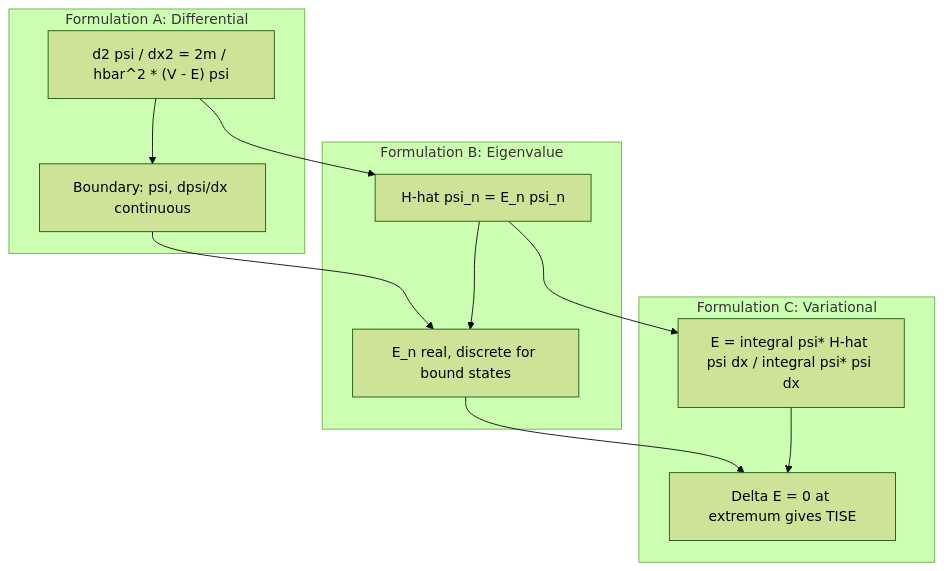
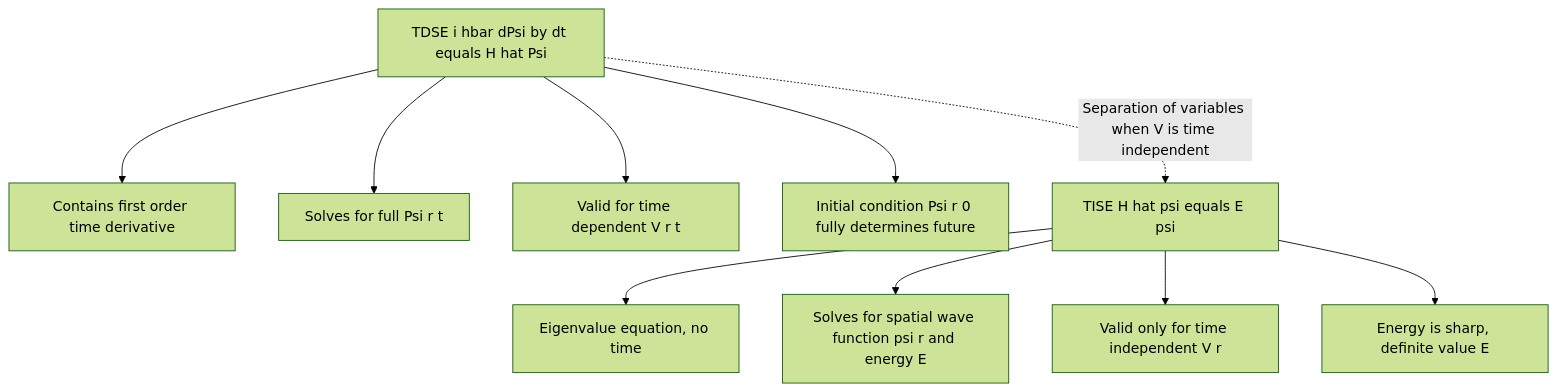
Before and after one commit to vishnuu-kr/ktunode: the fourth of 4 diagrams in public/notes/computer-science-and-engineering/semester-1/gapht121-physics-for-information-science/02-module-2-quantum-mechanics/formulation-of-time-dependent-and-time-independent-schrodinger-equations/notes.md, drawn with Mermaid (forest theme). The commit also changed other lines of this file and 4829 other files, not shown here.

````diff
--- a/public/notes/computer-science-and-engineering/semester-1/gapht121-physics-for-information-science/02-module-2-quantum-mechanics/formulation-of-time-dependent-and-time-independent-schrodinger-equations/notes.md
+++ b/public/notes/computer-science-and-engineering/semester-1/gapht121-physics-for-information-science/02-module-2-quantum-mechanics/formulation-of-time-dependent-and-time-independent-schrodinger-equations/notes.md
@@ -522,22 +394,12 @@
 ```mermaid
-flowchart TB
-    subgraph FORM1["Formulation A: Differential"]
-        F1A["d2 psi / dx2 = 2m / hbar^2 * (V - E) psi"]
-        F1B["Boundary: psi, dpsi/dx continuous"]
-    end
-    subgraph FORM2["Formulation B: Eigenvalue"]
-        F2A["H-hat psi_n = E_n psi_n"]
-        F2B["E_n real, discrete for bound states"]
-    end
-    subgraph FORM3["Formulation C: Variational"]
-        F3A["E = integral psi* H-hat psi dx / integral psi* psi dx"]
-        F3B["Delta E = 0 at extremum gives TISE"]
-    end
-    F1A --> F2A
-    F1B --> F2B
-    F2A --> F3A
-    F2B --> F3B
-    F1A --> F1B
-    F2A --> F2B
-    F3A --> F3B
+graph TD
+    TDSE["TDSE i hbar dPsi by dt equals H hat Psi"] --> TDSE1["Contains first order time derivative"]
+    TDSE --> TDSE2["Solves for full Psi r t"]
+    TDSE --> TDSE3["Valid for time dependent V r t"]
+    TDSE --> TDSE4["Initial condition Psi r 0 fully determines future"]
+    TISE["TISE H hat psi equals E psi"] --> TISE1["Eigenvalue equation, no time"]
+    TISE --> TISE2["Solves for spatial wave function psi r and energy E"]
+    TISE --> TISE3["Valid only for time independent V r"]
+    TISE --> TISE4["Energy is sharp, definite value E"]
+    TDSE -.->|"Separation of variables when V is time independent"| TISE
 ```
````
